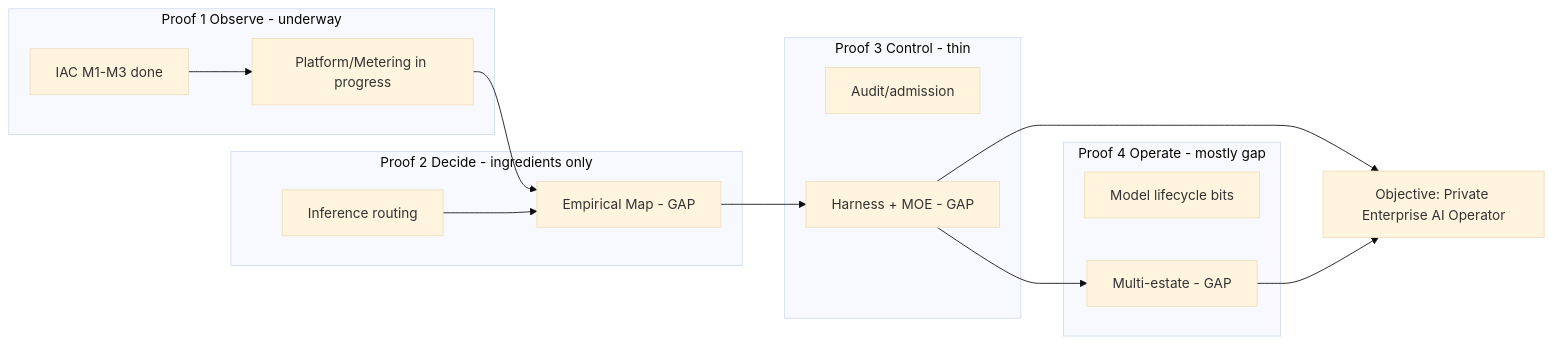
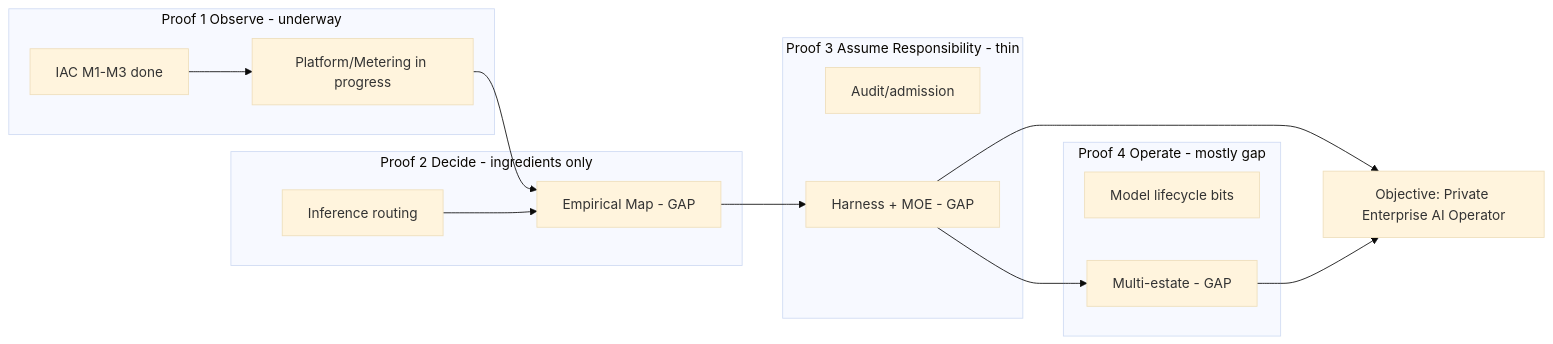
One commit to eak-mentraAI/rxt_rackai_wiki changed the second of 2 diagrams in 00-hub/RackAI Roadmap.md. Above: the diagram before and after it, drawn with Mermaid (base theme). The commit also changed other lines of this file and 63 other files, not shown here.

First line of the commit message:
Add KPI telemetry target list, metric job lens, roadmap release map, and reference docs

````diff
--- a/00-hub/RackAI Roadmap.md
+++ b/00-hub/RackAI Roadmap.md
@@ -442,23 +452,23 @@
 ```mermaid
 flowchart LR
     subgraph OBS[Proof 1 Observe - underway]
       IAC[IAC M1-M3 done]
       TEL[Platform/Metering in progress]
     end
     subgraph DEC[Proof 2 Decide - ingredients only]
       RT[Inference routing]
       MAP[Empirical Map - GAP]
     end
-    subgraph CTL[Proof 3 Control - thin]
+    subgraph CTL[Proof 3 Assume Responsibility - thin]
       AUD[Audit/admission]
       MOE[Harness + MOE - GAP]
     end
     subgraph OPR[Proof 4 Operate - mostly gap]
       LIFE[Model lifecycle bits]
       EST[Multi-estate - GAP]
     end
     IAC --> TEL --> MAP
     RT --> MAP --> MOE --> EST
     MOE --> OBJ[Objective: Private Enterprise AI Operator]
     EST --> OBJ
 ```
````
